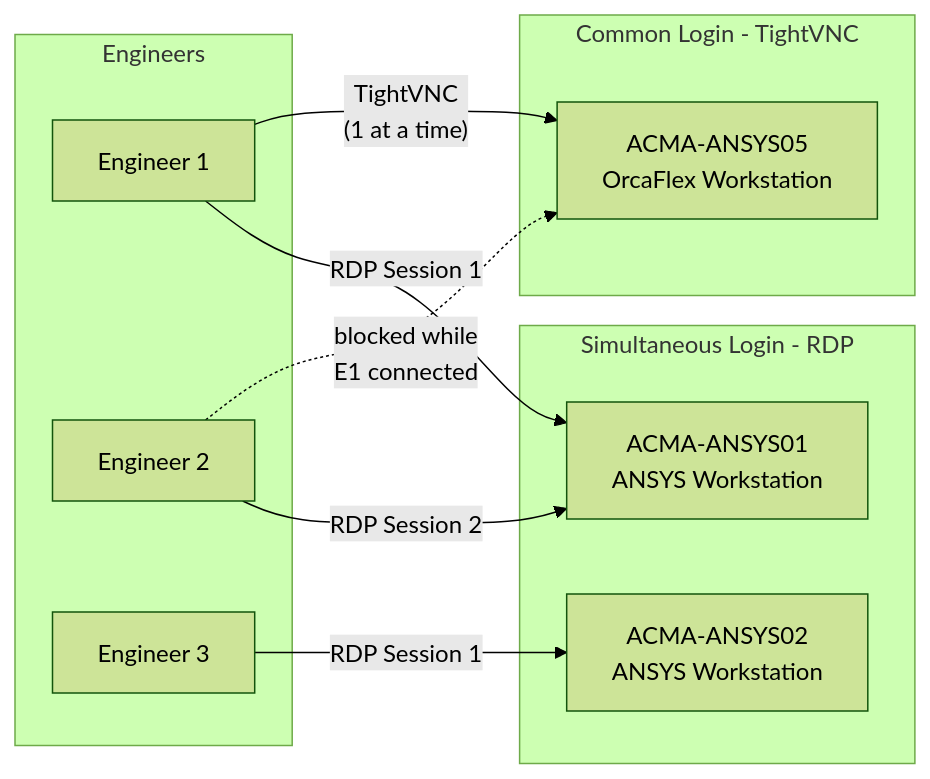
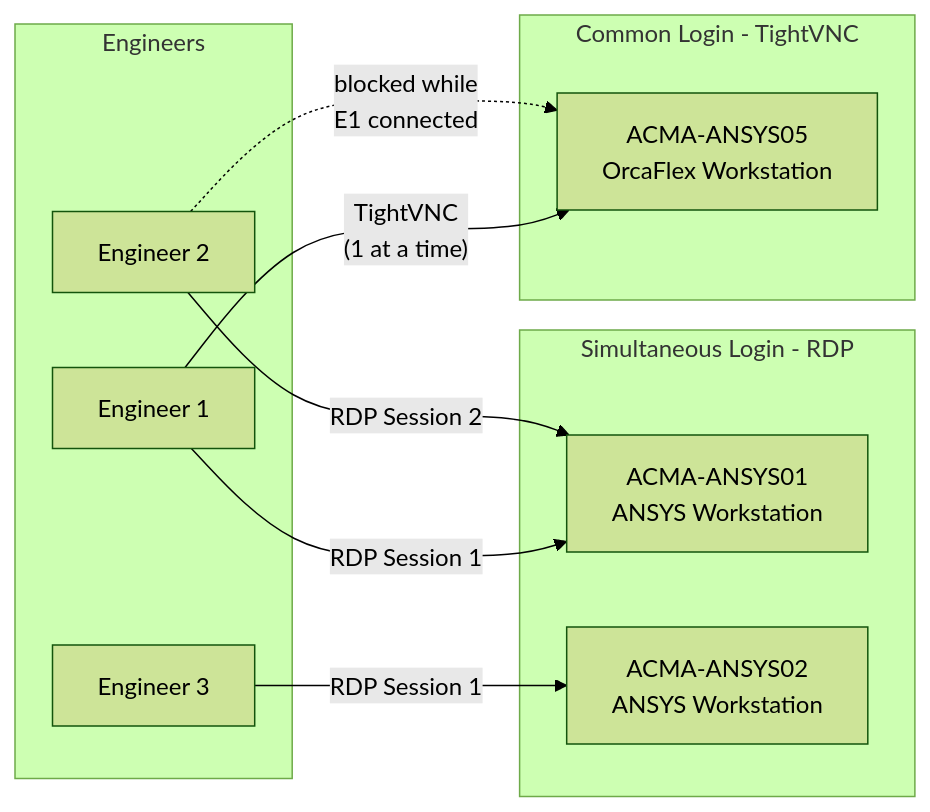
The diagram in docs/sub_hardware/server_remote_desktop.md (vamseeachanta/assetutilities), drawn with Mermaid (forest theme) before and after one commit. The commit also changed other lines of this file, not shown here.

First line of the commit message:
fix(hardware): reorder mermaid edges (positive connections first)

````diff
--- a/docs/sub_hardware/server_remote_desktop.md
+++ b/docs/sub_hardware/server_remote_desktop.md
@@ -27,23 +27,23 @@
 ```mermaid
 flowchart LR
     subgraph Engineers
         E1[Engineer 1]
         E2[Engineer 2]
         E3[Engineer 3]
     end
 
     subgraph "Common Login - TightVNC"
         VNC[ACMA-ANSYS05\nOrcaFlex Workstation]
     end
 
     subgraph "Simultaneous Login - RDP"
         RDP1[ACMA-ANSYS01\nANSYS Workstation]
         RDP2[ACMA-ANSYS02\nANSYS Workstation]
     end
 
     E1 -- "TightVNC\n(1 at a time)" --> VNC
-    E2 -.->|"blocked while\nE1 connected"| VNC
     E1 -- "RDP Session 1" --> RDP1
     E2 -- "RDP Session 2" --> RDP1
     E3 -- "RDP Session 1" --> RDP2
+    E2 -.->|"blocked while\nE1 connected"| VNC
 ```
````
